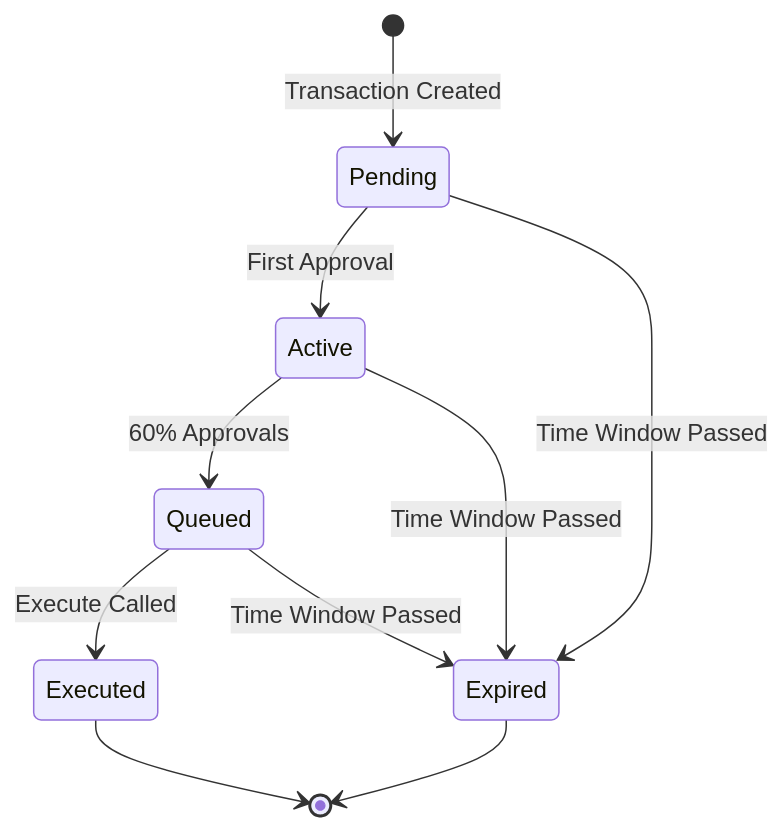
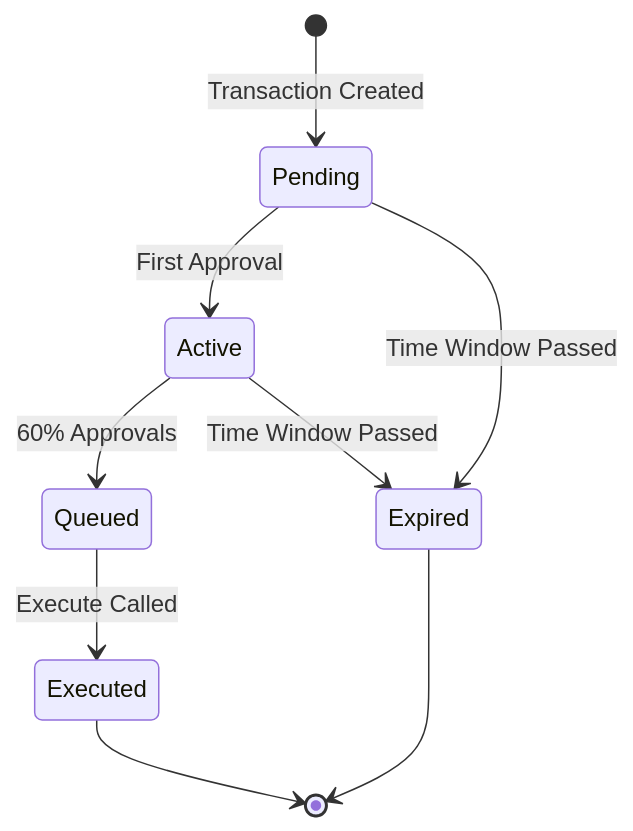
One commit to 0xHashstack/HASH-token changed the second of 3 diagrams in solidity/MultiSig.md. Above: the diagram before and after it, drawn with Mermaid.

````diff
--- a/solidity/MultiSig.md
+++ b/solidity/MultiSig.md
@@ -83,17 +83,16 @@
 ```mermaid
 
 
 
 stateDiagram-v2
     [*] --> Pending: Transaction Created
     Pending --> Active: First Approval
     Active --> Queued: 60% Approvals
     Active --> Expired: Time Window Passed
     Queued --> Executed: Execute Called
     Pending --> Expired: Time Window Passed
-    Queued --> Expired: Time Window Passed
     Executed --> [*]
     Expired --> [*]
 
 
 ```
````
